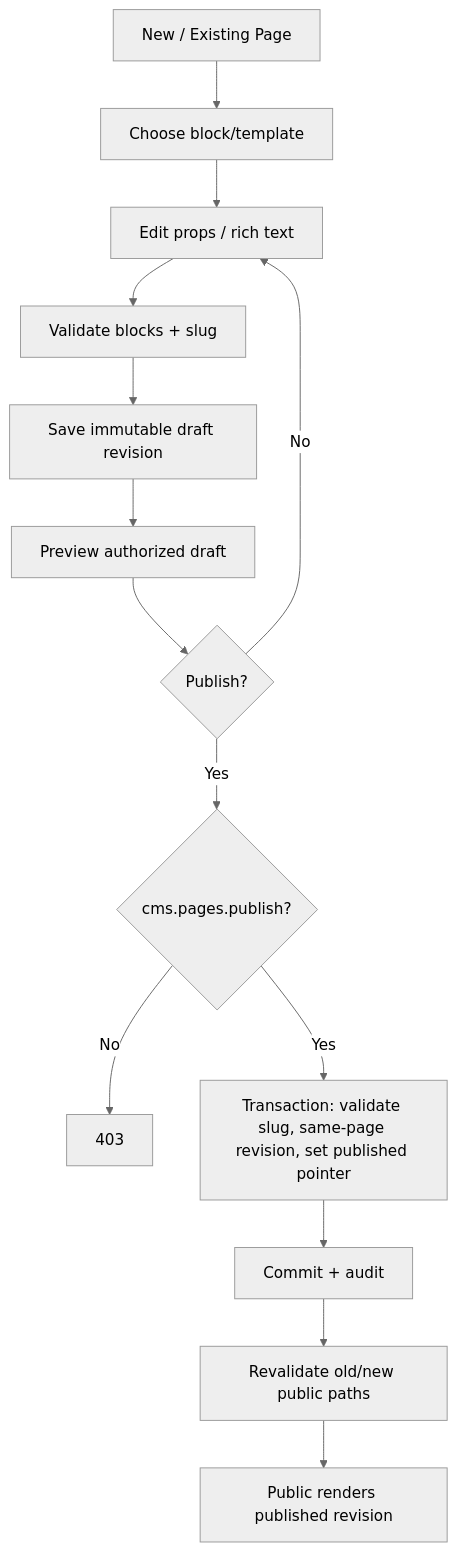
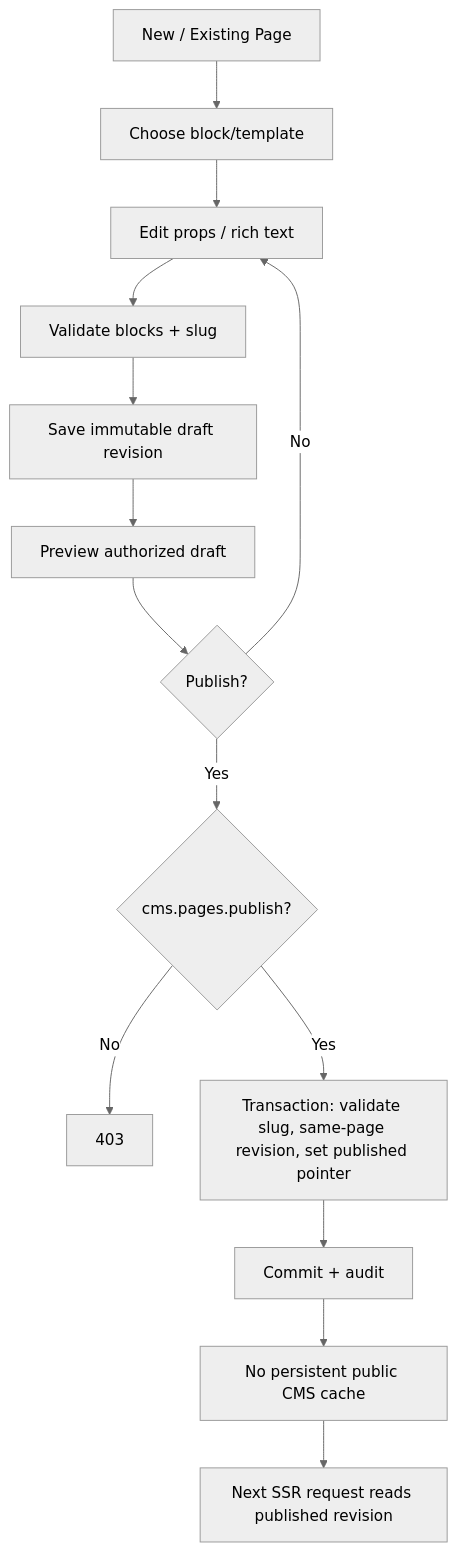
One commit to danangwijaya03/app-starter-kit changed the second of 4 diagrams in docs/AFD.md. Above: the diagram before and after it, drawn with Mermaid (neutral theme). The commit also changed other lines of this file and 161 other files, not shown here.

Commit message:
docs(architecture): integrate modular core v2, updated references, and core-first task DAG

````diff
--- a/docs/AFD.md
+++ b/docs/AFD.md
@@ -85,16 +87,16 @@
 ```mermaid
 flowchart TD
  A[New / Existing Page] --> B[Choose block/template]
  B --> C[Edit props / rich text]
  C --> D[Validate blocks + slug]
  D --> E[Save immutable draft revision]
  E --> F[Preview authorized draft]
  F --> G{Publish?}
  G -->|No| C
  G -->|Yes| H{cms.pages.publish?}
  H -->|No| I[403]
  H -->|Yes| J[Transaction: validate slug, same-page revision, set published pointer]
  J --> K[Commit + audit]
- K --> L[Revalidate old/new public paths]
- L --> M[Public renders published revision]
+ K --> L[No persistent public CMS cache]
+ L --> M[Next SSR request reads published revision]
 ```
````
